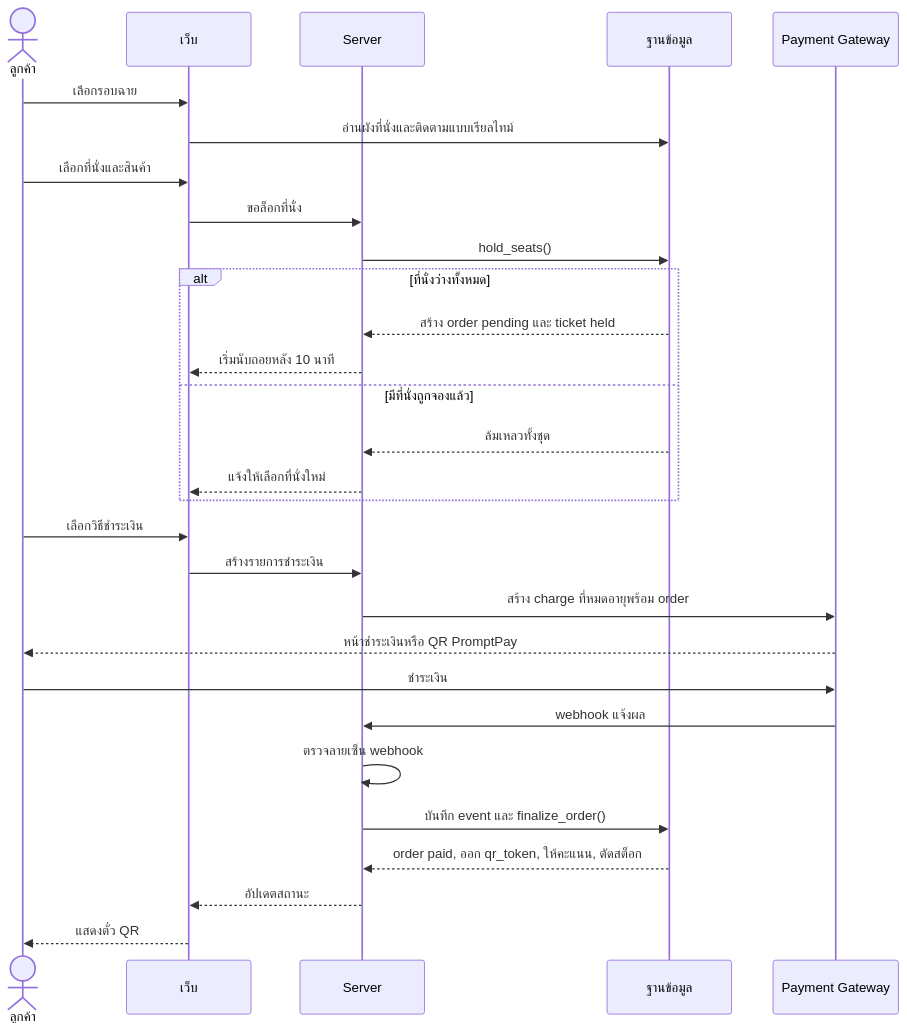
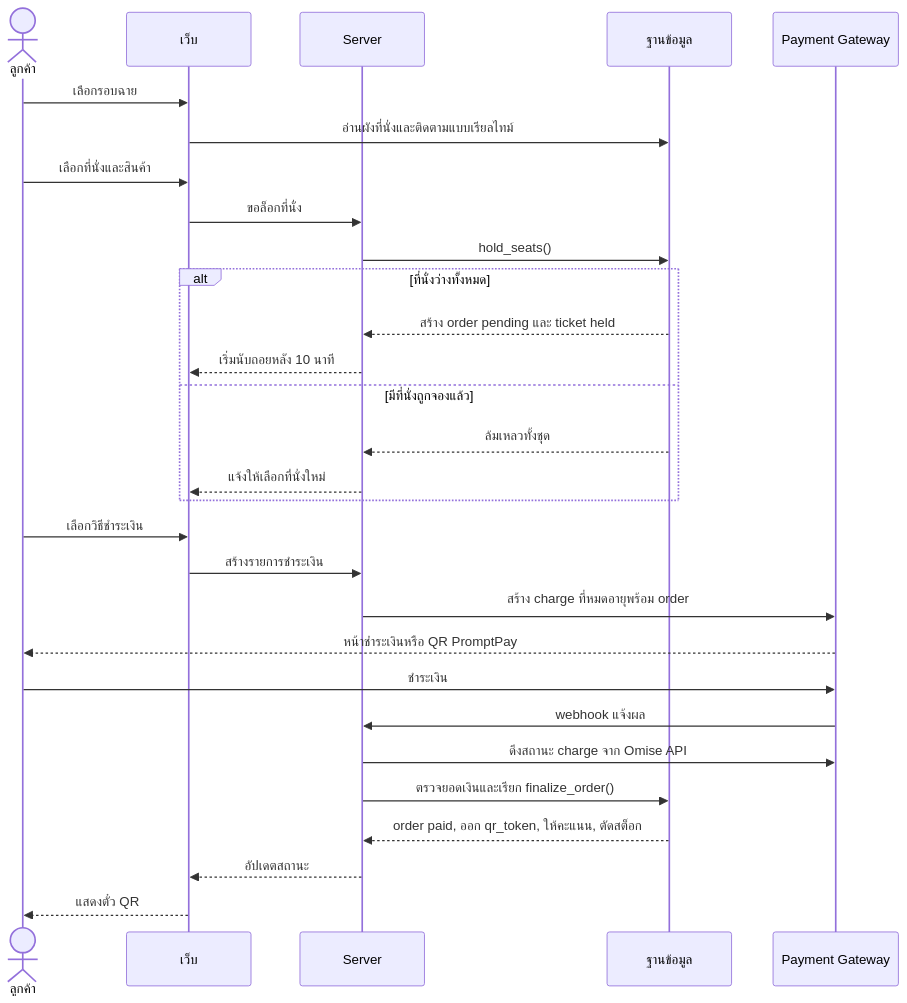
The first of 3 diagrams in docs/booking-flow.md (Saksitkumkeaw/Winjor), drawn with Mermaid before and after one commit. The commit also changed other lines of this file and 27 other files, not shown here.

````diff
--- a/docs/booking-flow.md
+++ b/docs/booking-flow.md
@@ -5,32 +5,32 @@
 ```mermaid
 sequenceDiagram
     actor C as ลูกค้า
     participant W as เว็บ
     participant S as Server
     participant DB as ฐานข้อมูล
     participant PG as Payment Gateway
 
     C->>W: เลือกรอบฉาย
     W->>DB: อ่านผังที่นั่งและติดตามแบบเรียลไทม์
     C->>W: เลือกที่นั่งและสินค้า
     W->>S: ขอล็อกที่นั่ง
     S->>DB: hold_seats()
     alt ที่นั่งว่างทั้งหมด
         DB-->>S: สร้าง order pending และ ticket held
         S-->>W: เริ่มนับถอยหลัง 10 นาที
     else มีที่นั่งถูกจองแล้ว
         DB-->>S: ล้มเหลวทั้งชุด
         S-->>W: แจ้งให้เลือกที่นั่งใหม่
     end
     C->>W: เลือกวิธีชำระเงิน
     W->>S: สร้างรายการชำระเงิน
     S->>PG: สร้าง charge ที่หมดอายุพร้อม order
     PG-->>C: หน้าชำระเงินหรือ QR PromptPay
     C->>PG: ชำระเงิน
     PG->>S: webhook แจ้งผล
-    S->>S: ตรวจลายเซ็น webhook
-    S->>DB: บันทึก event และ finalize_order()
+    S->>PG: ดึงสถานะ charge จาก Omise API
+    S->>DB: ตรวจยอดเงินและเรียก finalize_order()
     DB-->>S: order paid, ออก qr_token, ให้คะแนน, ตัดสต็อก
     S-->>W: อัปเดตสถานะ
     W-->>C: แสดงตั๋ว QR
 ```
````
